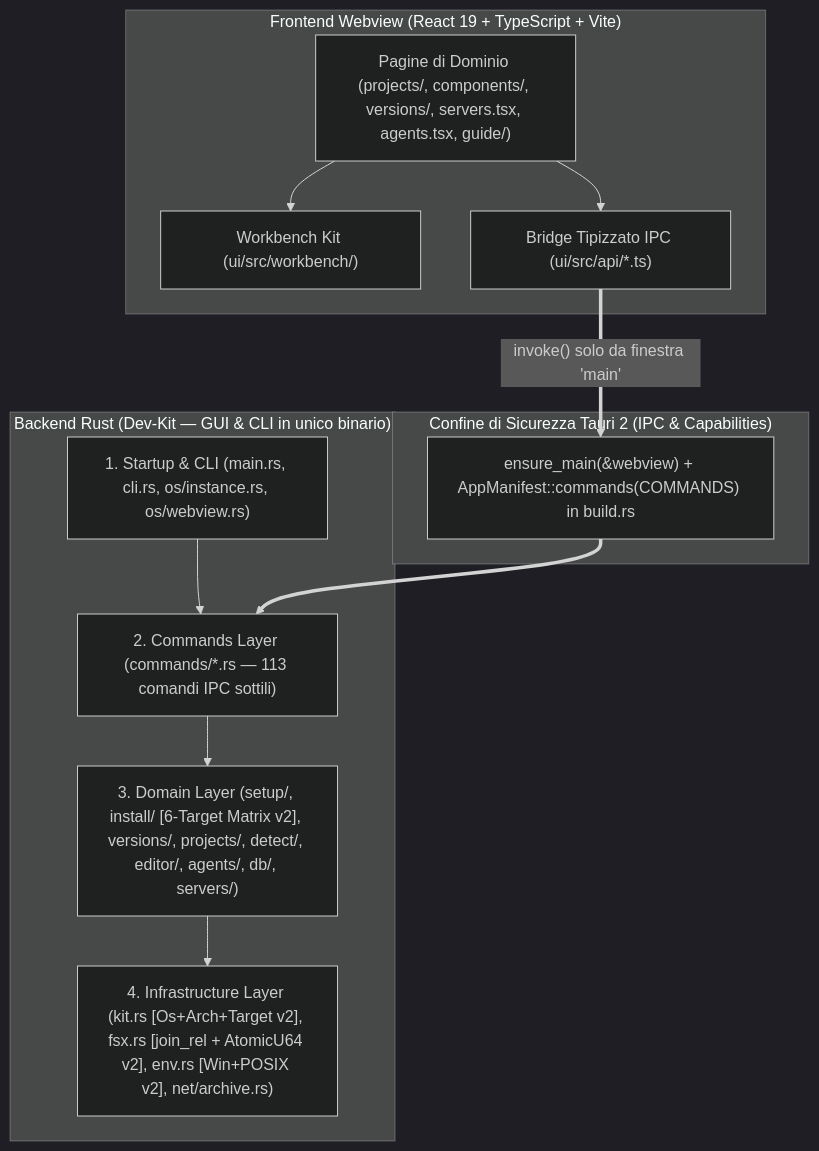
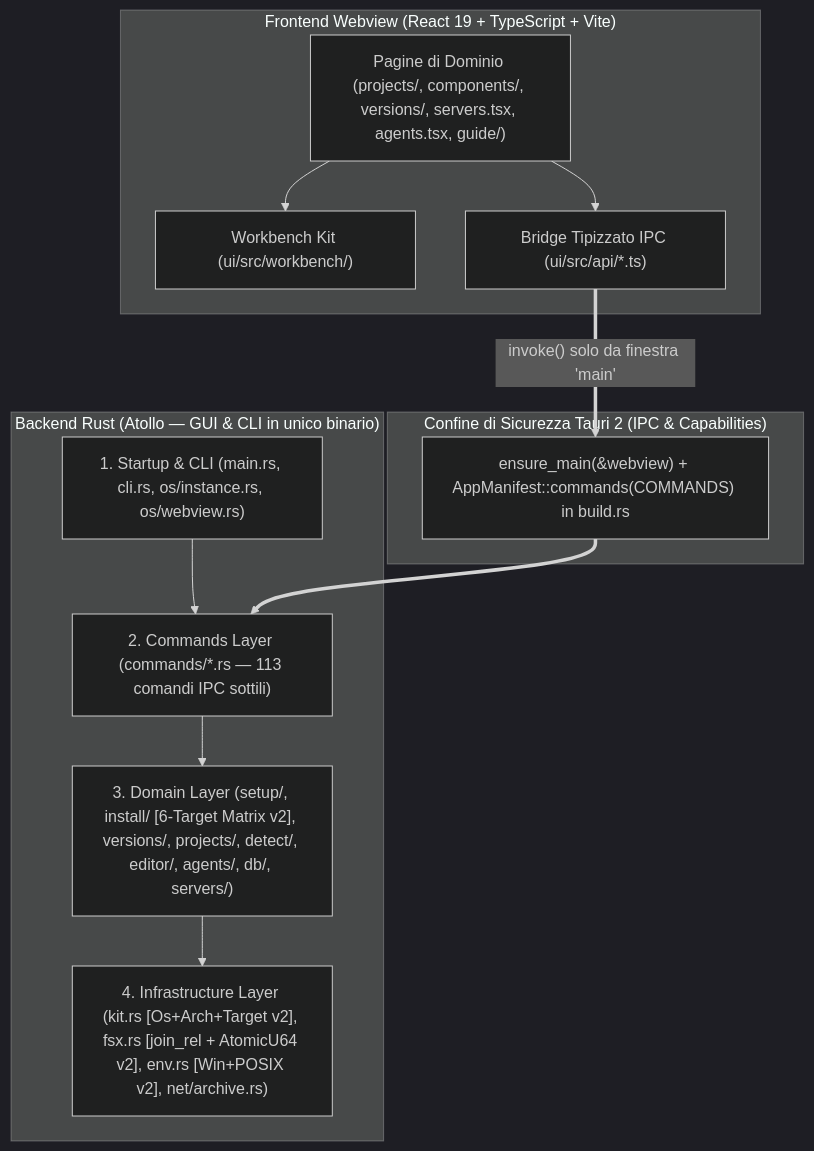
One commit to nabre/atollo changed the diagram in docs/reports/v2/01-ARCHITETTURA-E-LOGICA.md. Above: the diagram before and after it, drawn with Mermaid (dark theme). The commit also changed other lines of this file and 49 other files, not shown here.

````diff
--- a/docs/reports/v2/01-ARCHITETTURA-E-LOGICA.md
+++ b/docs/reports/v2/01-ARCHITETTURA-E-LOGICA.md
@@ -14,27 +14,27 @@
 ```mermaid
 flowchart TD
     subgraph UI["Frontend Webview (React 19 + TypeScript + Vite)"]
         WB["Workbench Kit (ui/src/workbench/)"]
         DOM_UI["Pagine di Dominio (projects/, components/, versions/, servers.tsx, agents.tsx, guide/)"]
         API["Bridge Tipizzato IPC (ui/src/api/*.ts)"]
         DOM_UI --> WB
         DOM_UI --> API
     end
 
     subgraph IPC["Confine di Sicurezza Tauri 2 (IPC & Capabilities)"]
         GATE["ensure_main(&webview) + AppManifest::commands(COMMANDS) in build.rs"]
     end
 
-    subgraph BE["Backend Rust (Dev-Kit — GUI & CLI in unico binario)"]
+    subgraph BE["Backend Rust (Atollo — GUI & CLI in unico binario)"]
         L1["1. Startup & CLI (main.rs, cli.rs, os/instance.rs, os/webview.rs)"]
         L2["2. Commands Layer (commands/*.rs — 113 comandi IPC sottili)"]
         L3["3. Domain Layer (setup/, install/ [6-Target Matrix v2], versions/, projects/, detect/, editor/, agents/, db/, servers/)"]
         L4["4. Infrastructure Layer (kit.rs [Os+Arch+Target v2], fsx.rs [join_rel + AtomicU64 v2], env.rs [Win+POSIX v2], net/archive.rs)"]
         L1 --> L2
         L2 --> L3
         L3 --> L4
     end
 
     API ==>|"invoke() solo da finestra 'main'"| GATE
     GATE ==> L2
 ```
````
